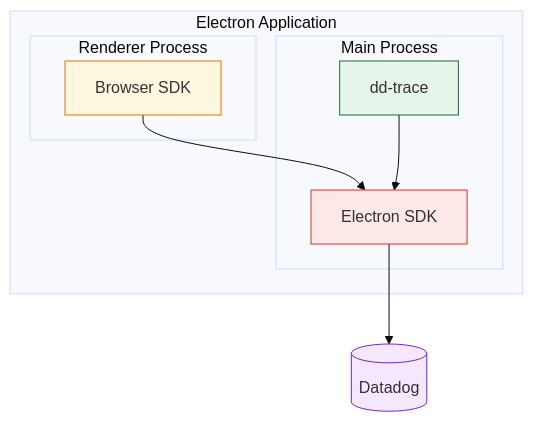
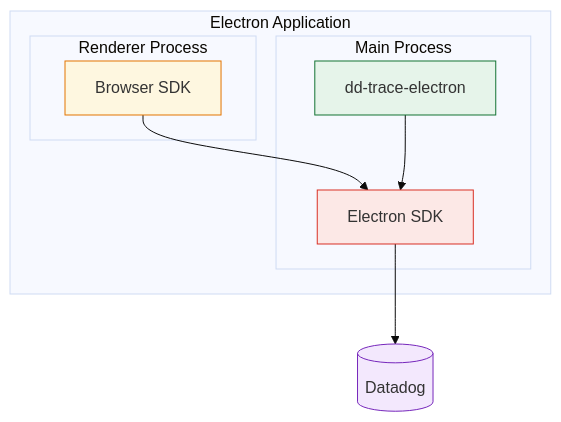
One commit to DataDog/electron-sdk changed the diagram in README.md. Above: the diagram before and after it, drawn with Mermaid (base theme). The commit also changed other lines of this file and 21 other files, not shown here.

First line of the commit message:
refactor: switch from dd-trace to dd-trace-electron

````diff
--- a/README.md
+++ b/README.md
@@ -25,29 +26,29 @@
 ```mermaid
 graph TB
     subgraph Electron Application
         subgraph Renderer Process
             BP[Browser SDK]
         end
 
         subgraph Main Process
-            DDT[dd-trace]
+            DDT[dd-trace-electron]
             SDK[Electron SDK]
         end
     end
 
     DD[(Datadog)]
     BP --> SDK
     DDT --> SDK
     SDK --> DD
 
     %% Styling
     classDef sdk fill:#fce8e6,stroke:#d93025
     classDef trace fill:#e6f4ea,stroke:#137333
     classDef browser fill:#fef7e0,stroke:#e37400
     classDef ext fill:#f3e8fd,stroke:#7627bb
 
     class BP browser
     class DDT trace
     class SDK sdk
     class DD ext
 ```
````
